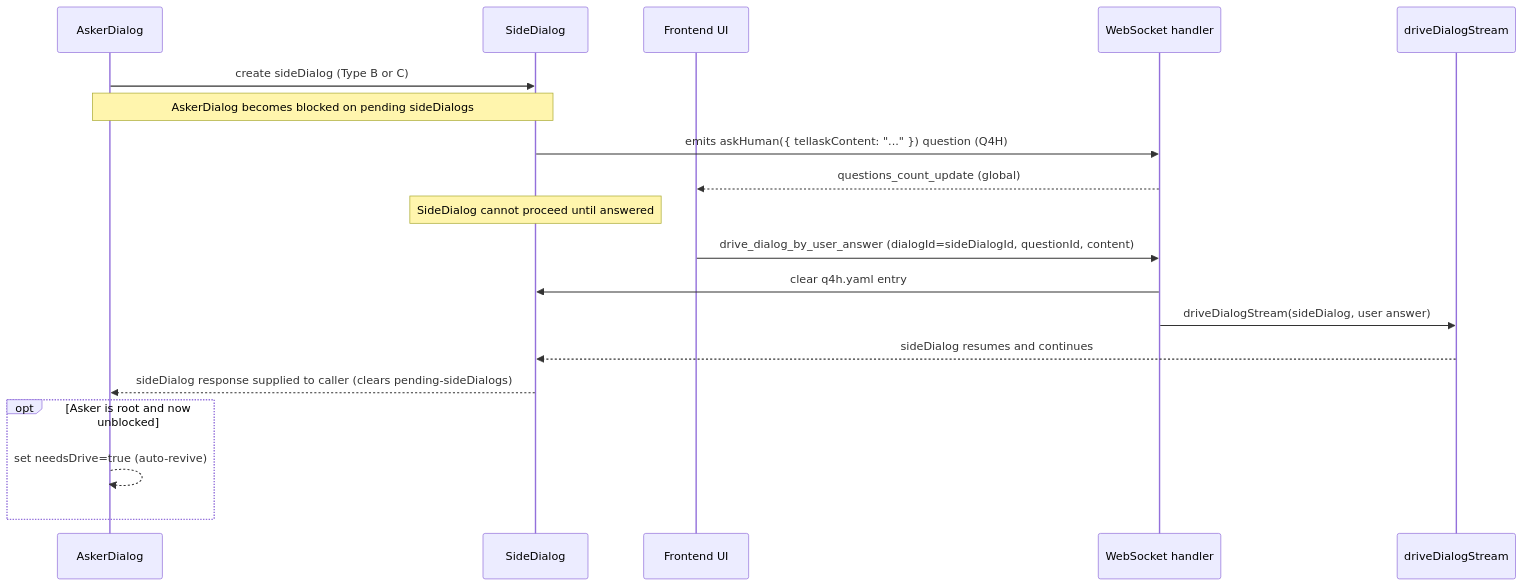
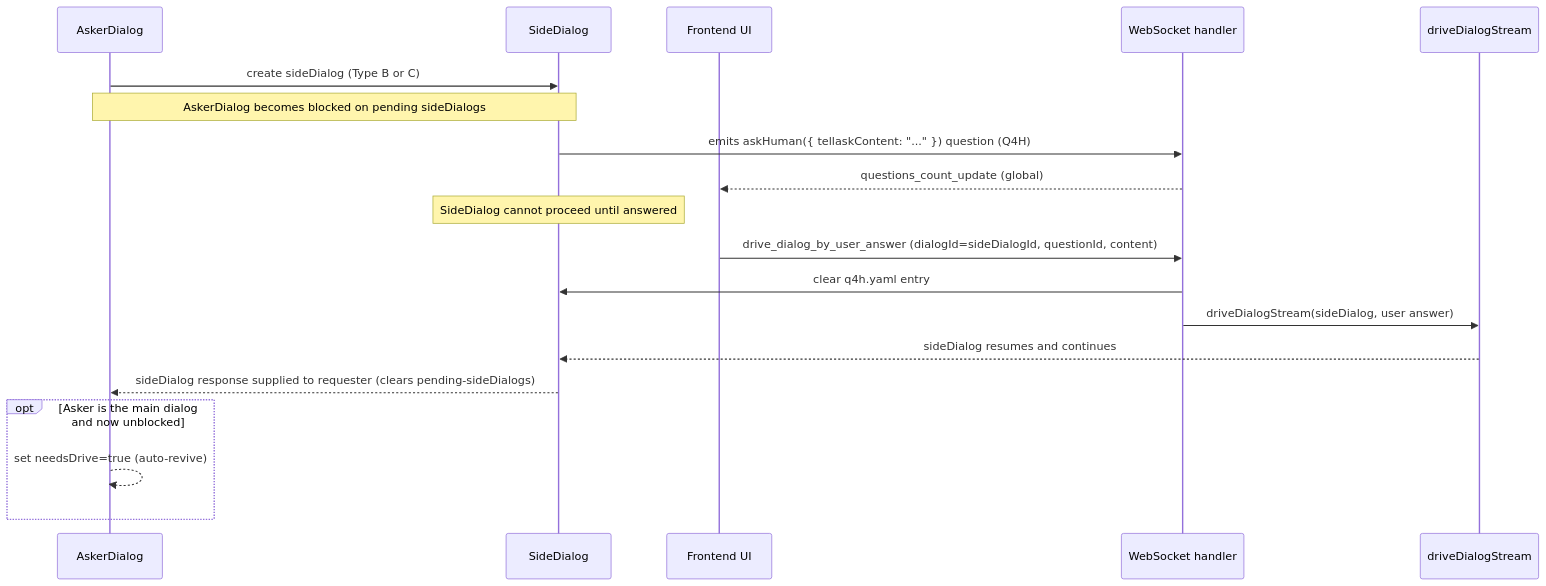
One commit to longrun-ai/dominds changed diagram 15 of 18 in docs/dialog-system.md. Above: the diagram before and after it, drawn with Mermaid. The commit also changed other lines of this file and 105 other files, not shown here.

````diff
--- a/docs/dialog-system.md
+++ b/docs/dialog-system.md
@@ -1340,25 +1334,25 @@
 ```mermaid
 sequenceDiagram
   participant Asker as AskerDialog
   participant Side as SideDialog
   participant UI as Frontend UI
   participant WS as WebSocket handler
   participant Driver as driveDialogStream
 
   Asker->>Side: create sideDialog (Type B or C)
   Note over Asker,Side: AskerDialog becomes blocked on pending sideDialogs
   Side->>WS: emits askHuman({ tellaskContent: "..." }) question (Q4H)
   WS-->>UI: questions_count_update (global)
 
   Note over Side: SideDialog cannot proceed until answered
 
   UI->>WS: drive_dialog_by_user_answer (dialogId=sideDialogId, questionId, content)
   WS->>Side: clear q4h.yaml entry
   WS->>Driver: driveDialogStream(sideDialog, user answer)
   Driver-->>Side: sideDialog resumes and continues
-  Side-->>Asker: sideDialog response supplied to caller (clears pending-sideDialogs)
+  Side-->>Asker: sideDialog response supplied to requester (clears pending-sideDialogs)
 
-  opt Asker is root and now unblocked
+  opt Asker is the main dialog and now unblocked
     Asker-->>Asker: set needsDrive=true (auto-revive)
   end
 ```
````
